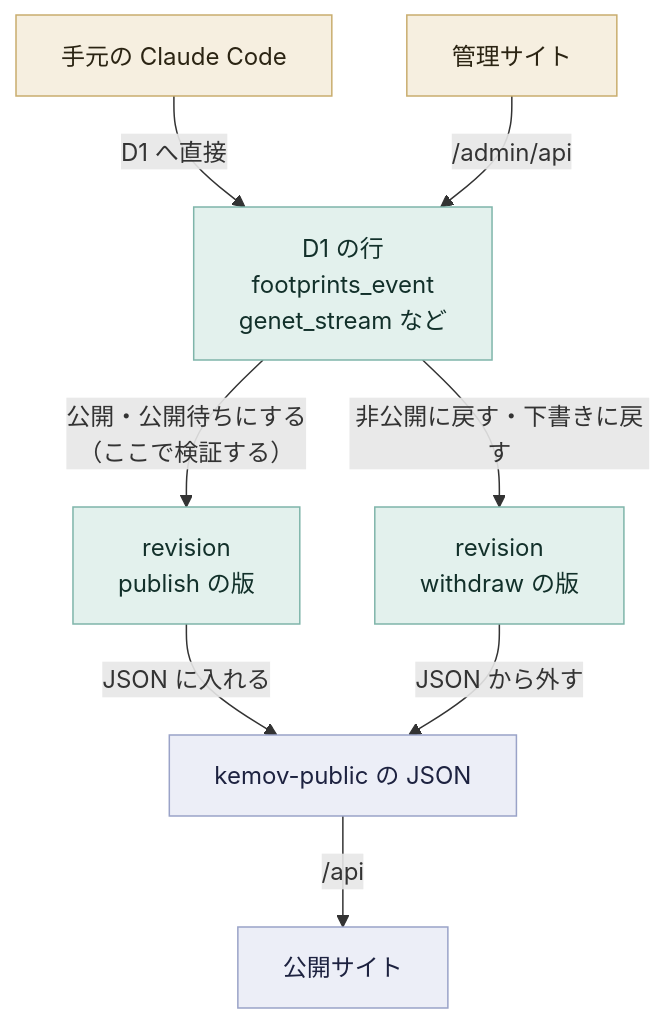
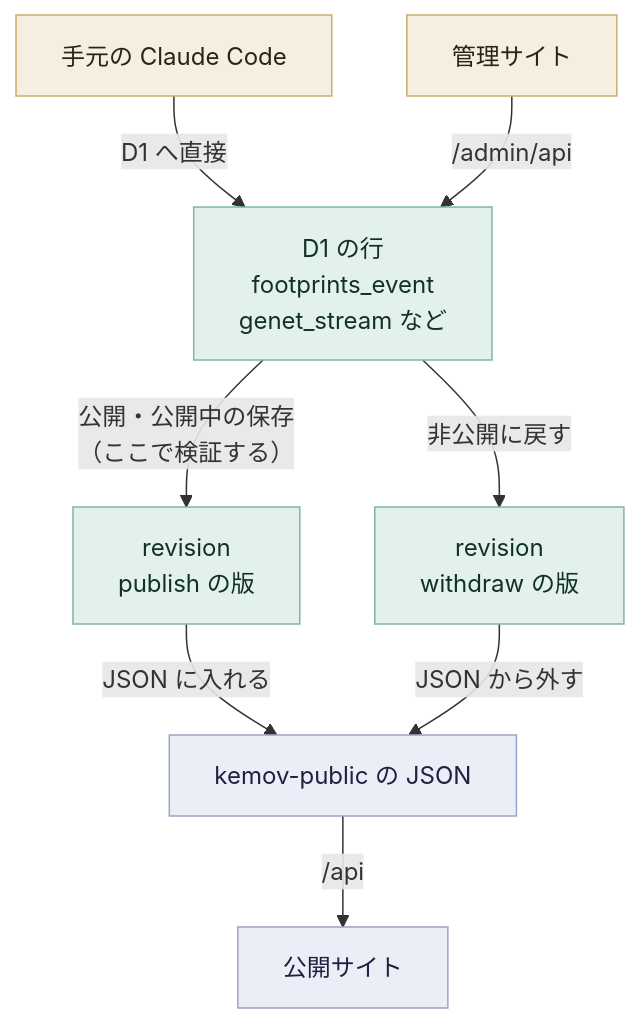
One commit to nanase/kemov changed the diagram in docs/reference/admin.md. Above: the diagram before and after it, drawn with Mermaid. The commit also changed other lines of this file and 54 other files, not shown here.

````diff
--- a/docs/reference/admin.md
+++ b/docs/reference/admin.md
@@ -21,16 +21,16 @@
 ```mermaid
 flowchart TD
   cc["手元の Claude Code"] -- "D1 へ直接" --> rows["D1 の行<br/>footprints_event<br/>genet_stream など"]
   site["管理サイト"] -- "/admin/api" --> rows
-  rows -- "公開・公開待ちにする<br/>（ここで検証する）" --> rev["revision<br/>publish の版"]
-  rows -- "非公開に戻す・下書きに戻す" --> rev2["revision<br/>withdraw の版"]
+  rows -- "公開・公開中の保存<br/>（ここで検証する）" --> rev["revision<br/>publish の版"]
+  rows -- "非公開に戻す" --> rev2["revision<br/>withdraw の版"]
   rev -- "JSON に入れる" --> json["kemov-public の JSON"]
   rev2 -- "JSON から外す" --> json
   json -- "/api" --> pub["公開サイト"]
   classDef write fill:#f6efe0,stroke:#c9ad6e,color:#2b2413
   classDef store fill:#e3f1ed,stroke:#7fb5aa,color:#12302a
   classDef out fill:#eceef7,stroke:#9aa3c8,color:#1d2240
   class cc,site write
   class rows,rev,rev2 store
   class json,pub out
 ```
````
